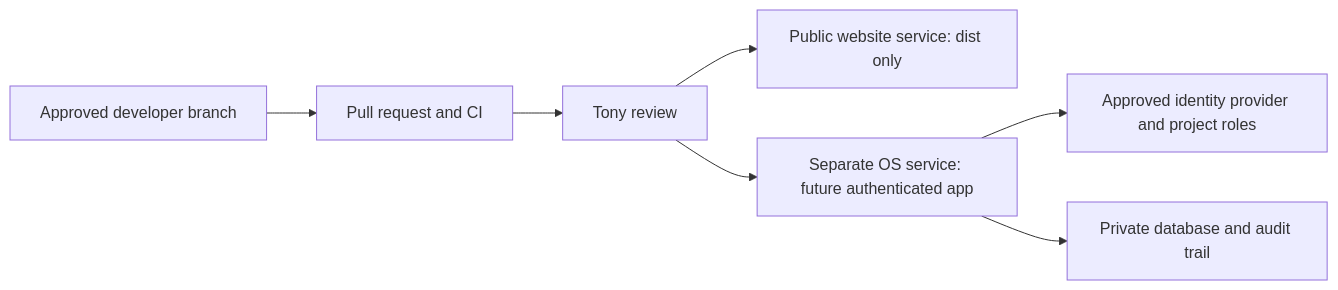
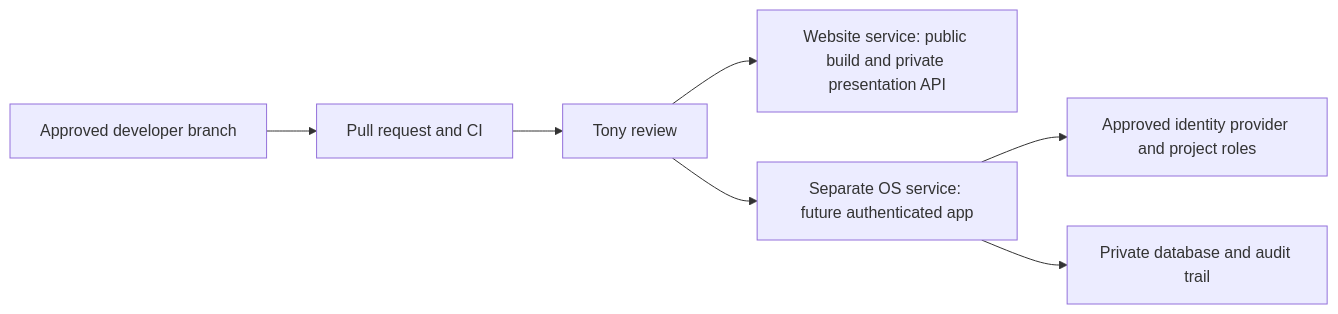
Before and after one commit to Anatoli-2021/grama-construction-website: the diagram in docs/HOSTING.md, drawn with Mermaid. The commit also changed other lines of this file and 29 other files, not shown here.

Commit message:
Add private investor presentation and refine cinematic website

````diff
--- a/docs/HOSTING.md
+++ b/docs/HOSTING.md
@@ -24,9 +24,9 @@
 ```mermaid
 flowchart LR
   Dev[Approved developer branch] --> PR[Pull request and CI]
   PR --> Review[Tony review]
-  Review --> Web[Public website service: dist only]
+  Review --> Web[Website service: public build and private presentation API]
   Review --> OS[Separate OS service: future authenticated app]
   OS --> Auth[Approved identity provider and project roles]
   OS --> DB[Private database and audit trail]
 ```
````
